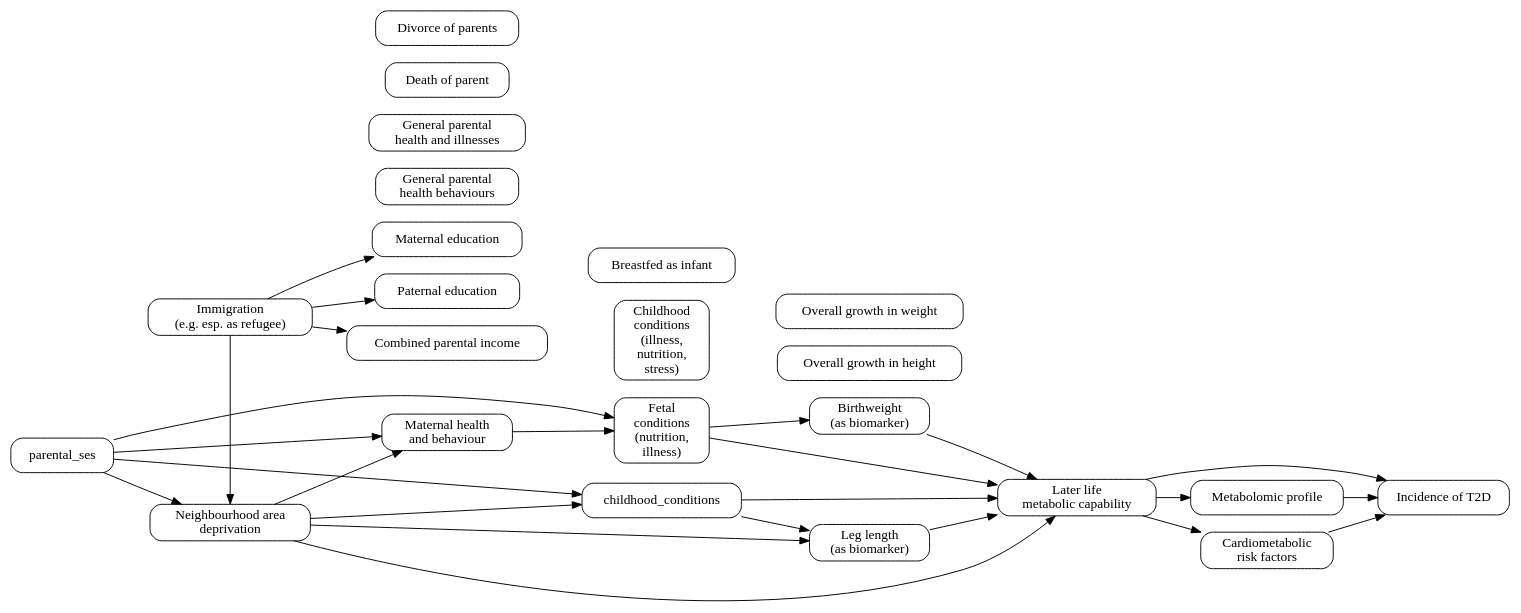
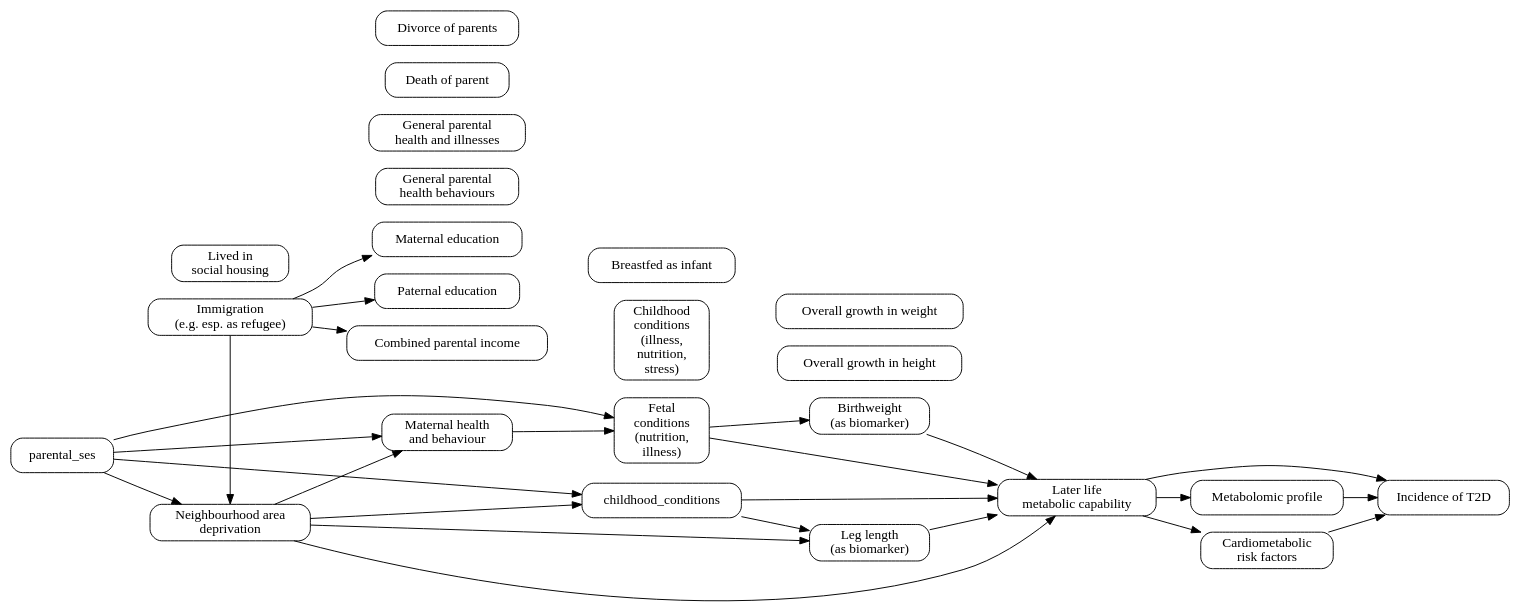
The diagram in R/dag.gv (steno-aarhus/darter-project), drawn with Graphviz before and after one commit.

Commit message:
add social housing to dag

```diff
--- a/R/dag.gv
+++ b/R/dag.gv
@@ -1,68 +1,69 @@
 
 digraph {
     graph [rankdir = LR]
 
     node [shape = box, style = rounded]
 
     #early_life_adversity [label = "Early life adversity"]
     later_life_metabolic_capability [label = "Later life \n metabolic capability"]
 
     {
         rank = same;
         migration [label = "Immigration \n (e.g. esp. as refugee)"]
         area_deprivation [label = "Neighbourhood area \n deprivation"]
+        social_housing [label = "Lived in \n social housing"]
     }
 
     {
         rank = same;
         parental_income [label = "Combined parental income"]
         maternal_education [label = "Maternal education"]
         paternal_education [label = "Paternal education"]
         maternal_health [label = "Maternal health \n and behaviour"]
         parental_health [label = "General parental \n health behaviours"]
         parental_illness [label = "General parental \n health and illnesses"]
         parental_death [label = "Death of parent"]
         parental_divorce [label = "Divorce of parents"]
     }
 
     {
         rank = same;
         fetal_conditions [label = "Fetal \n conditions \n (nutrition, \n illness)"]
 
 
         childhood_illness [label = "Childhood illnesses"]
         breastfed [label = "Breastfed as infant"]
         childhood_illness [label = "Childhood \n conditions \n (illness, \n nutrition, \n stress)"]
     }
     {
         rank = same;
         leg_length [label = "Leg length \n (as biomarker)"]
         total_height [label = "Overall growth in height"]
         total_mass [label = "Overall growth in weight"]
         birthweight [label = "Birthweight \n (as biomarker)"]
     }
 
     {
         rank = same;
         metabolomic_profile [label = "Metabolomic profile"]
         cardiometabolic_risk_factors [label = "Cardiometabolic \n risk factors"]
     }
 
     {
         rank = same;
         dm_cvd [label = "Incidence of T2D"]
     }
 
     {fetal_conditions birthweight childhood_conditions area_deprivation leg_length} ->
         later_life_metabolic_capability
 
     fetal_conditions -> birthweight
     {childhood_conditions area_deprivation} -> leg_length
 
     migration -> {area_deprivation parental_income maternal_education paternal_education}
     area_deprivation -> {childhood_conditions maternal_health}
     parental_ses -> {childhood_conditions fetal_conditions maternal_health area_deprivation}
     maternal_health -> fetal_conditions
     later_life_metabolic_capability -> {dm_cvd cardiometabolic_risk_factors metabolomic_profile}
     {cardiometabolic_risk_factors metabolomic_profile} -> dm_cvd
 }
```
